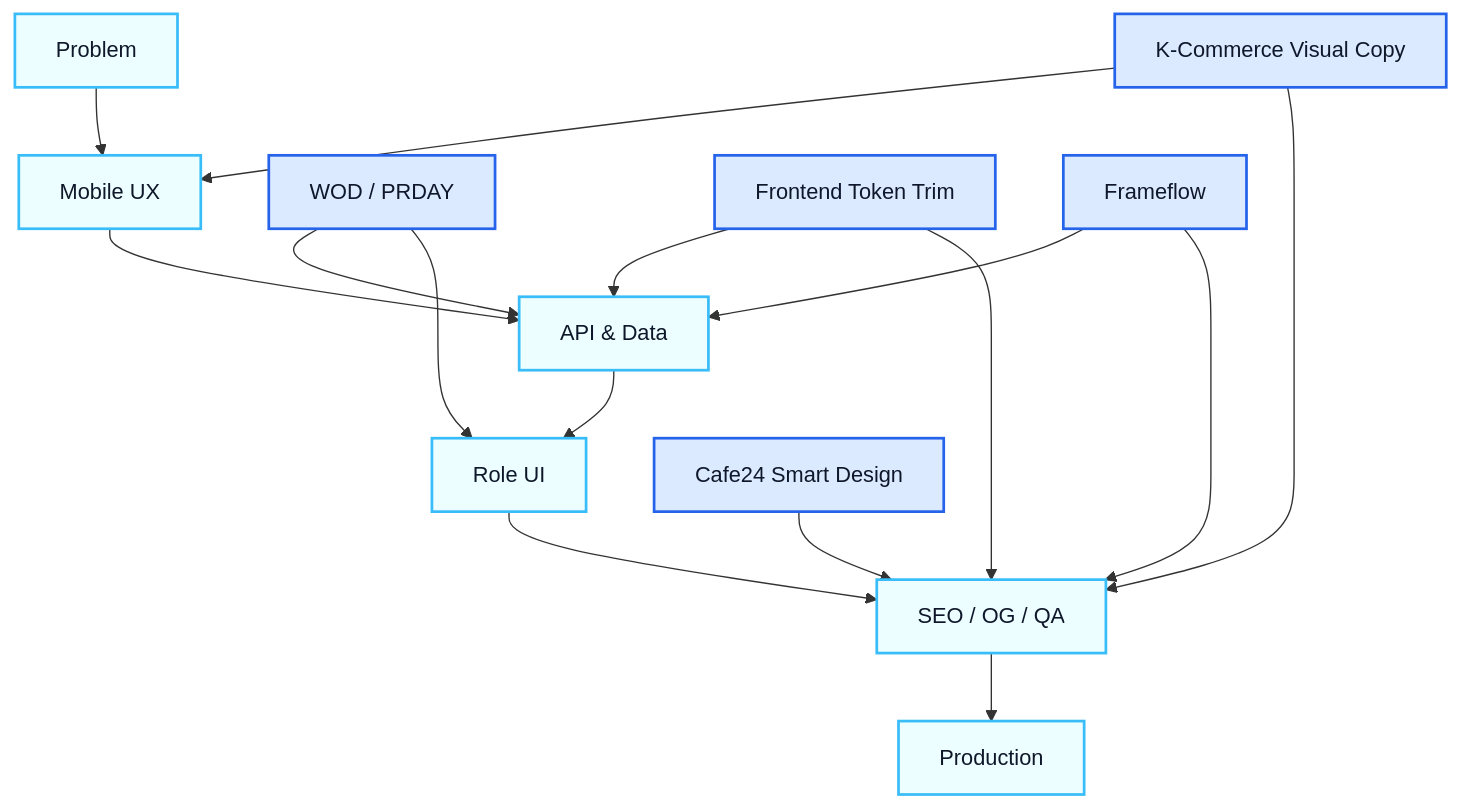
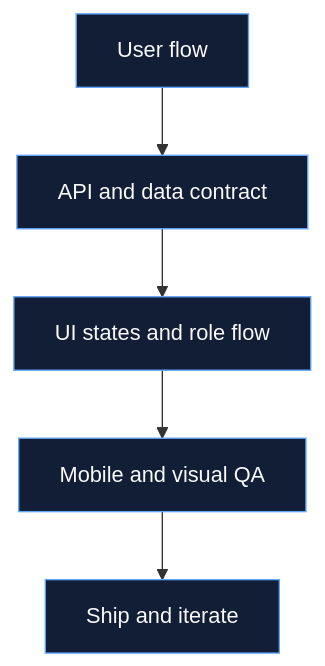
One commit to kimyoungwopo/kimyoungwopo changed the diagram in README.md. Above: the diagram before and after it, drawn with Mermaid. The commit also changed other lines of this file and 1 other file, not shown here.

Commit message:
design: refresh profile with custom banner and featured builds

````diff
--- a/README.md
+++ b/README.md
@@ -138,23 +99,9 @@
 ```mermaid
 flowchart TD
-  A[Problem] --> B[Mobile UX]
-  B --> C[API & Data]
-  C --> D[Role UI]
-  D --> E[SEO / OG / QA]
-  E --> F[Production]
-
-  W[WOD / PRDAY] --> C
-  W --> D
-  CAFE[Cafe24 Smart Design] --> E
-  TOKEN[Frontend Token Trim] --> C
-  TOKEN --> E
-  COMMERCE[K-Commerce Visual Copy] --> B
-  COMMERCE --> E
-  FRAME[Frameflow] --> C
-  FRAME --> E
-
-  classDef product fill:#DBEAFE,stroke:#2563EB,color:#0F172A,stroke-width:2px;
-  classDef system fill:#ECFEFF,stroke:#38BDF8,color:#0F172A,stroke-width:2px;
-  class W,CAFE,TOKEN,COMMERCE,FRAME product;
-  class A,B,C,D,E,F system;
+  A[User flow] --> B[API and data contract]
+  B --> C[UI states and role flow]
+  C --> D[Mobile and visual QA]
+  D --> E[Ship and iterate]
+  classDef step fill:#111E35,stroke:#60A5FA,color:#F8FAFC;
+  class A,B,C,D,E step;
 ```
````
